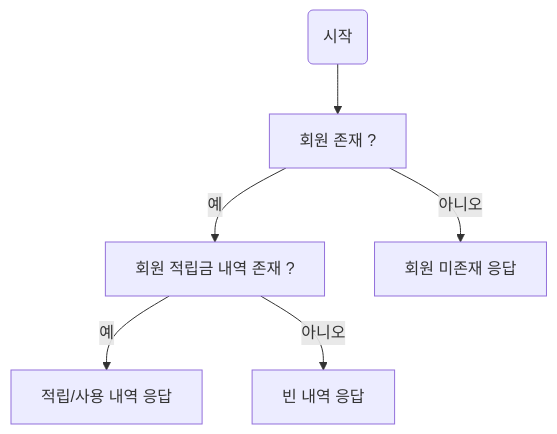
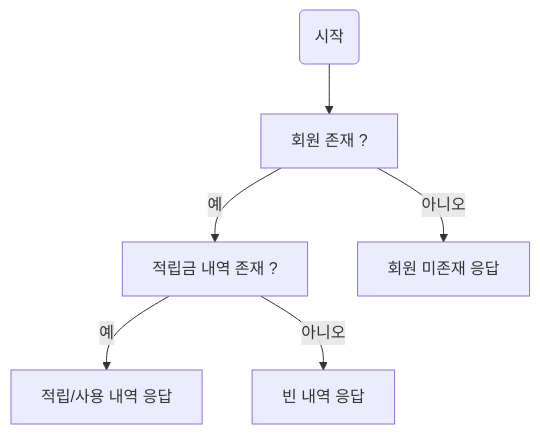
One commit to MJbae/reserve-management-system changed the third of 5 diagrams in README.md. Above: the diagram before and after it, drawn with Mermaid. The commit also changed other lines of this file, not shown here.

````diff
--- a/README.md
+++ b/README.md
@@ -58,8 +61,8 @@
     ```mermaid
     graph TB
     시작(시작) --> 회원존재여부[회원 존재 ?]
-    회원존재여부 -->|예| 거래내역확인[회원 적립금 내역 존재 ?]
+    회원존재여부 -->|예| 거래내역확인[적립금 내역 존재 ?]
     회원존재여부 -->|아니오| 회원미존재예외[회원 미존재 응답]
     거래내역확인 -->|예| 거래목록보기[적립/사용 내역 응답]
     거래내역확인 -->|아니오| 거래내역없음[빈 내역 응답]
     ```
````
